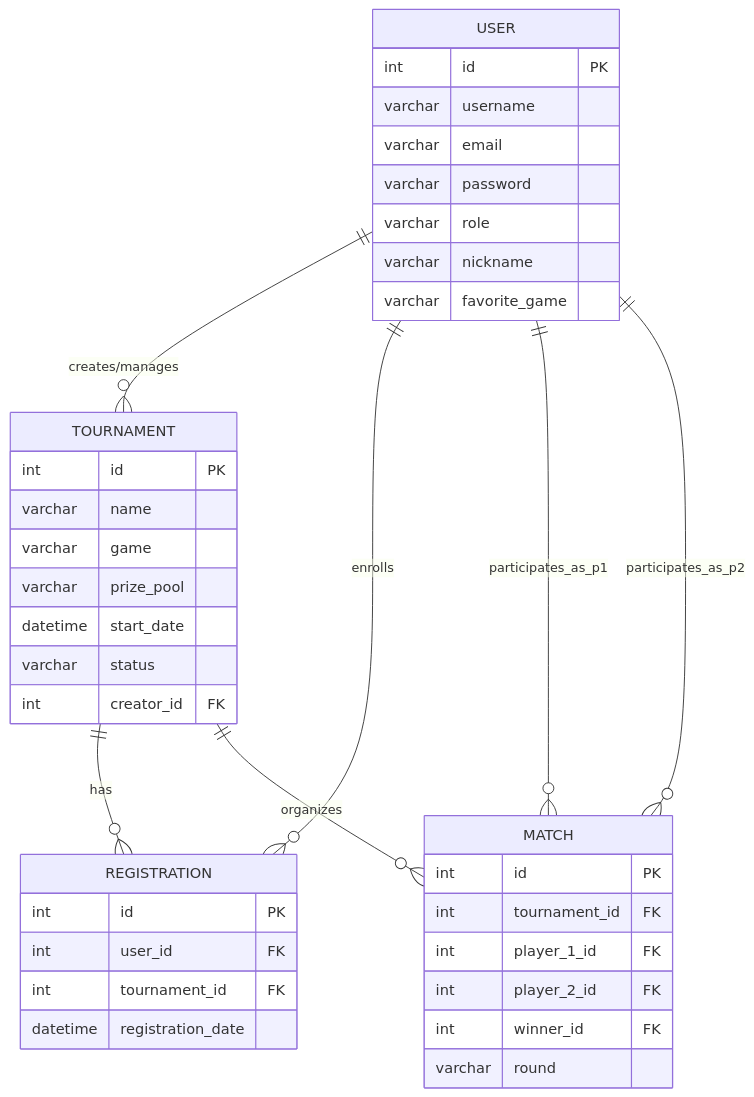
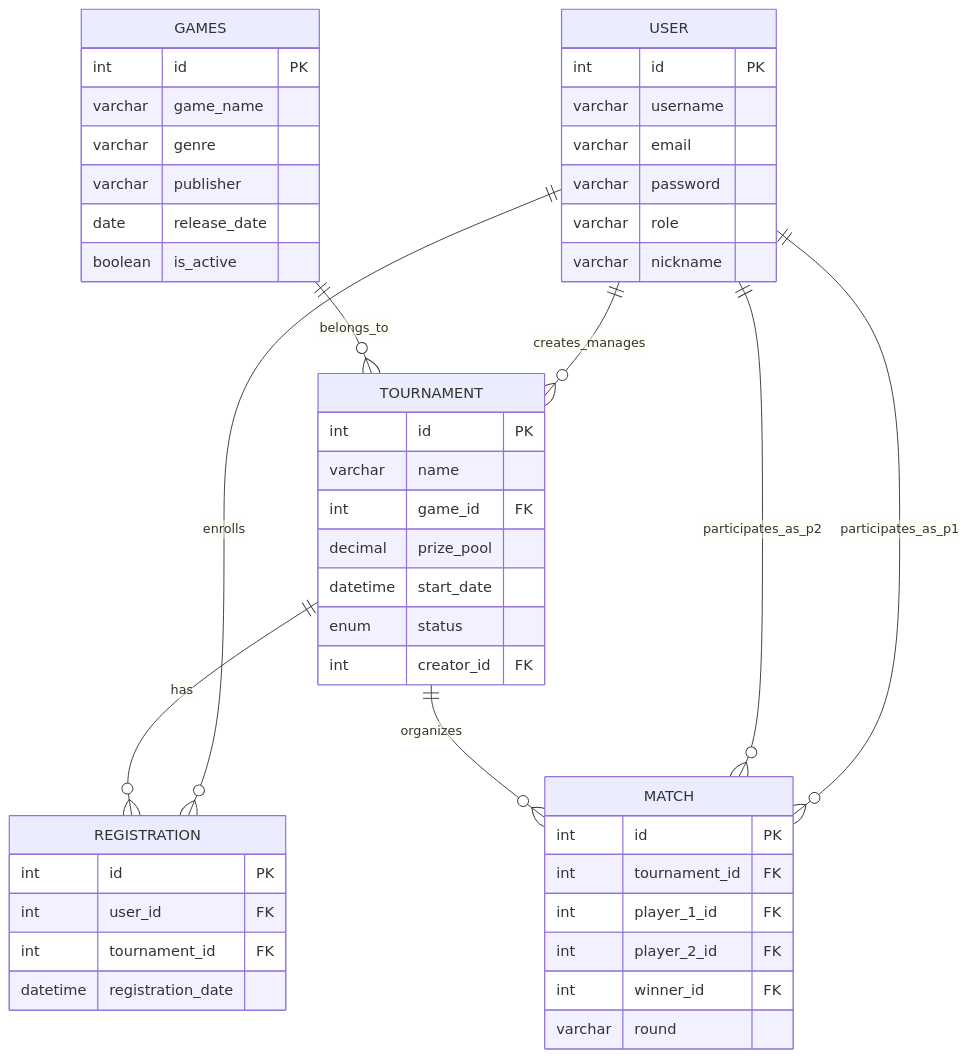
The diagram in docs/erd_diagram.md (olazocaamano/VideoGames-Tournament), drawn with Mermaid before and after one commit.

````diff
--- a/docs/erd_diagram.md
+++ b/docs/erd_diagram.md
@@ -1,45 +1,54 @@
 ```mermaid
 erDiagram
-    USER ||--o{ TOURNAMENT : "creates/manages"
+    USER ||--o{ TOURNAMENT : "creates_manages"
     USER ||--o{ REGISTRATION : "enrolls"
     USER ||--o{ MATCH : "participates_as_p1"
     USER ||--o{ MATCH : "participates_as_p2"
     TOURNAMENT ||--o{ REGISTRATION : "has"
     TOURNAMENT ||--o{ MATCH : "organizes"
+    GAMES ||--o{ TOURNAMENT : "belongs_to"
 
     USER {
         int id PK
         varchar username
         varchar email
         varchar password
         varchar role
         varchar nickname
-        varchar favorite_game
+    }
+
+    GAMES {
+        int id PK
+        varchar game_name
+        varchar genre
+        varchar publisher
+        date release_date
+        boolean is_active
     }
 
     TOURNAMENT {
         int id PK
         varchar name
-        varchar game
-        varchar prize_pool
+        int game_id FK
+        decimal prize_pool
         datetime start_date
-        varchar status
+        enum status
         int creator_id FK
     }
 
     REGISTRATION {
         int id PK
         int user_id FK
         int tournament_id FK
         datetime registration_date
     }
 
     MATCH {
         int id PK
         int tournament_id FK
         int player_1_id FK
         int player_2_id FK
         int winner_id FK
         varchar round
     }
 ```
````
